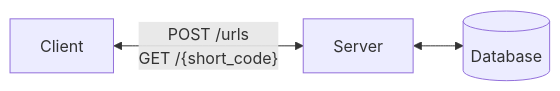
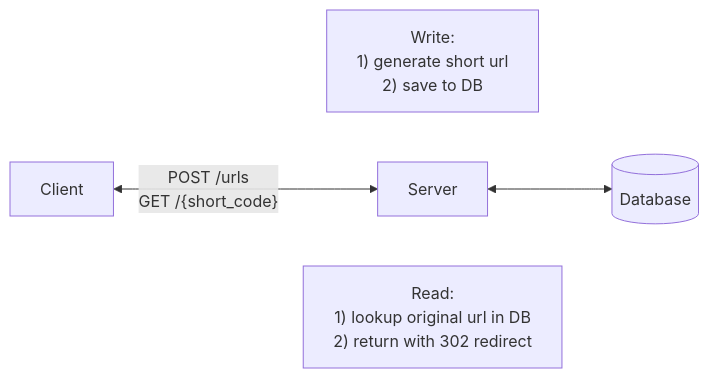
The first of 2 diagrams in System Design/System Design(Case Study)/02. Read Heavy System/02. Design a URL Shortener.md (Chitlangia-Vedant/Obsidian), drawn with Mermaid before and after one commit. The commit also changed other lines of this file and 2 other files, not shown here.

````diff
--- a/System Design/System Design(Case Study)/02. Read Heavy System/02. Design a URL Shortener.md
+++ b/System Design/System Design(Case Study)/02. Read Heavy System/02. Design a URL Shortener.md
@@ -57,5 +57,13 @@
 ```mermaid
 graph LR
-    Client[Client] <-->|"POST /urls<br>GET /{short_code}"| Server["Server"]
+    Client[Client] ~~~ Write["Write: 
+    1) generate short url
+    2) save to DB"]
+    
+    Client <-->|"POST /urls<br>GET /{short_code}"| Server["Server"]
+    Client ~~~ Read["Read:
+    1) lookup original url in DB
+    2) return with 302 redirect"]
+    
     Server <--> Database[(Database)]
 ```
````
